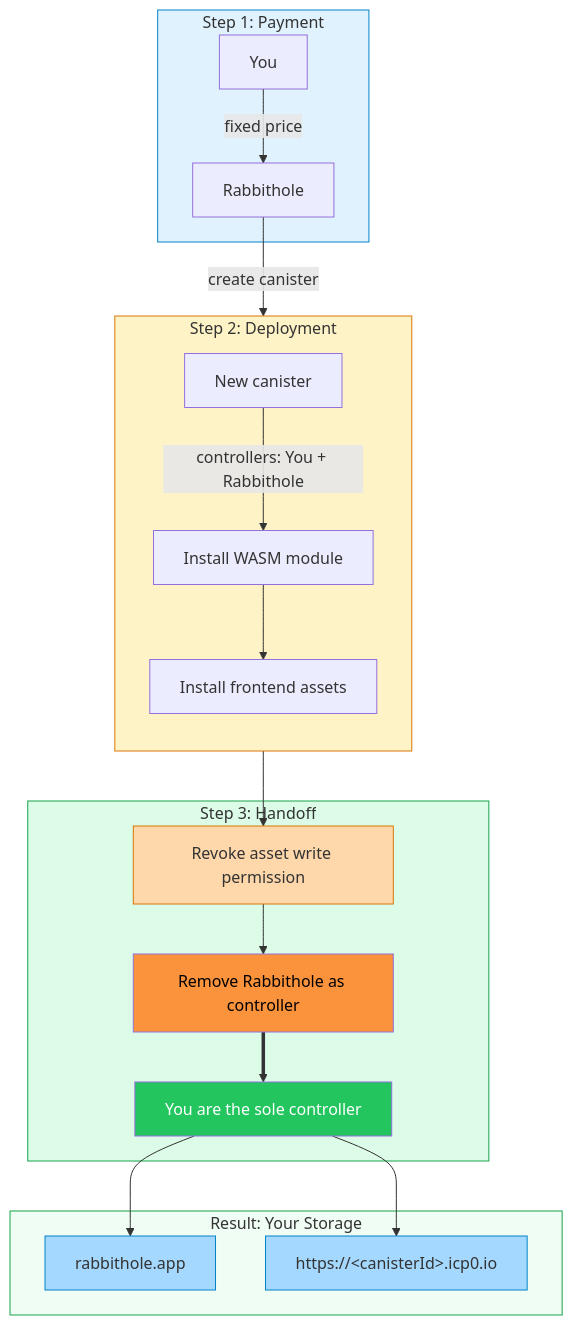
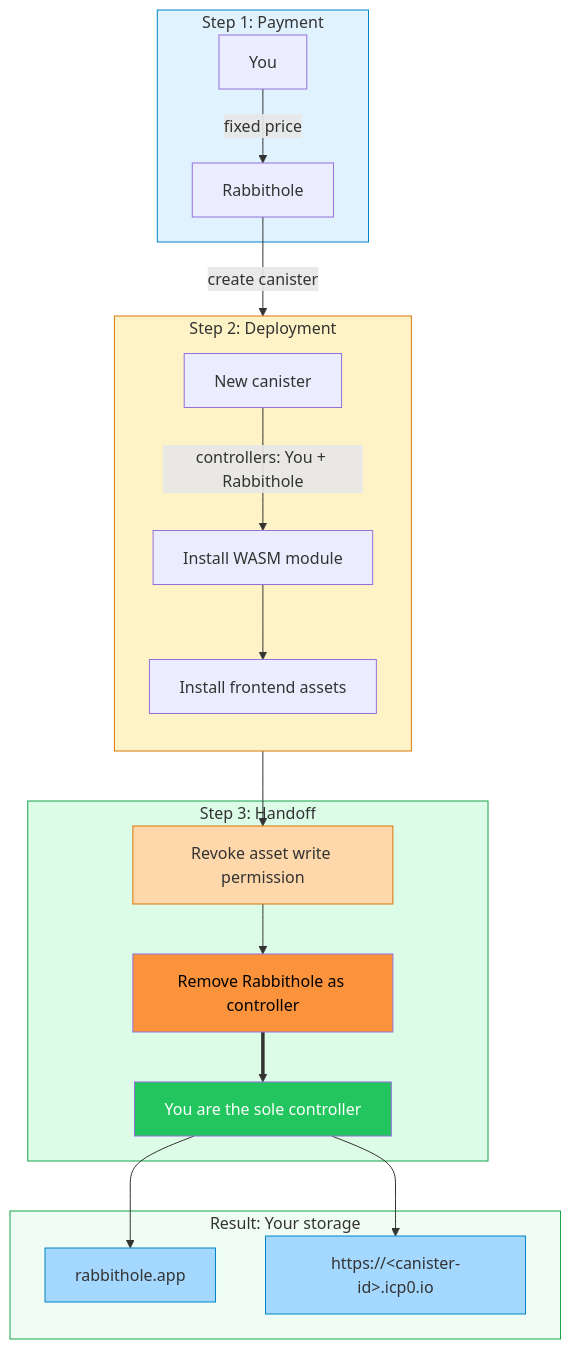
The first of 3 diagrams in apps/docs/src/en/how-it-works/sovereignty.md (rabbithole-app/v2), drawn with Mermaid before and after one commit. The commit also changed other lines of this file and 36 other files, not shown here.

````diff
--- a/apps/docs/src/en/how-it-works/sovereignty.md
+++ b/apps/docs/src/en/how-it-works/sovereignty.md
@@ -26,30 +77,30 @@
 ```mermaid
 flowchart TB
     subgraph S1["Step 1: Payment"]
         U1[You] -->|fixed price| PAY[Rabbithole]
     end
     subgraph S2["Step 2: Deployment"]
         direction TB
         PAY -->|create canister| CAN[New canister]
         CAN -->|controllers: You + Rabbithole| W[Install WASM module]
         W --> FE[Install frontend assets]
     end
     subgraph S3["Step 3: Handoff"]
         FE --> RV[Revoke asset write permission]
         RV --> RM[Remove Rabbithole as controller]
         RM ==> OWN[You are the sole controller]
     end
-    subgraph S4["Result: Your Storage"]
+    subgraph S4["Result: Your storage"]
         OWN --> A1[rabbithole.app]
-        OWN --> A2["https://&lt;canisterId&gt;.icp0.io"]
+        OWN --> A2["https://&lt;canister-id&gt;.icp0.io"]
     end
     style S1 fill:#e0f2fe,stroke:#0284c7
     style S2 fill:#fef3c7,stroke:#d97706
     style S3 fill:#dcfce7,stroke:#16a34a
     style S4 fill:#f0fdf4,stroke:#16a34a
     style OWN fill:#22c55e,color:#fff
     style RM fill:#fb923c,color:#000
     style RV fill:#fed7aa,stroke:#d97706
     style A1 fill:#a5d8ff,stroke:#0284c7
     style A2 fill:#a5d8ff,stroke:#0284c7
 ```
````
